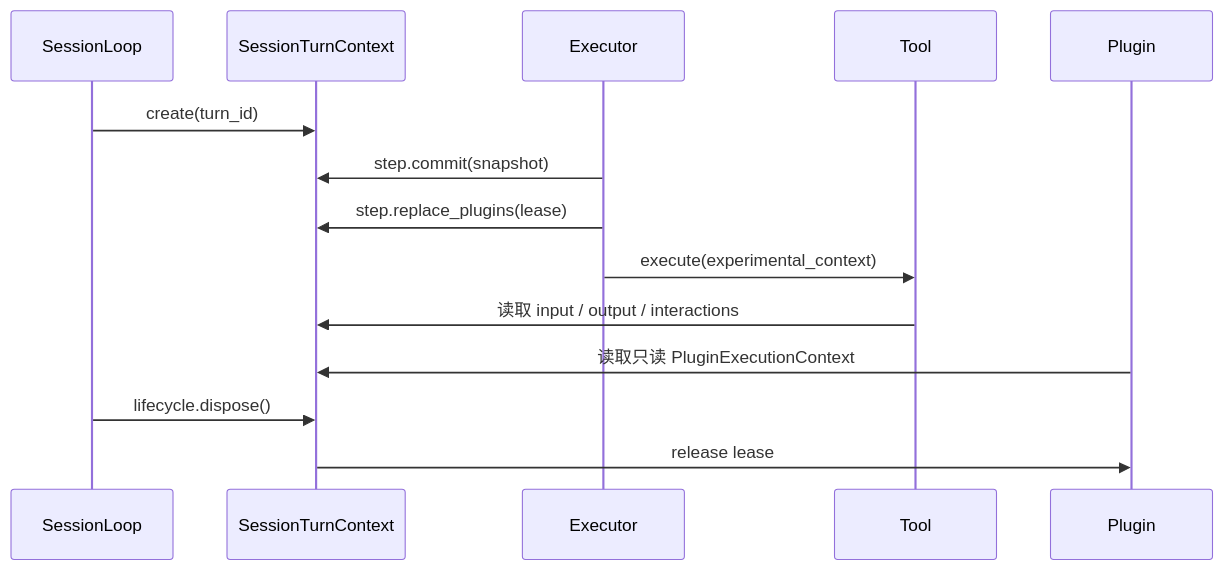
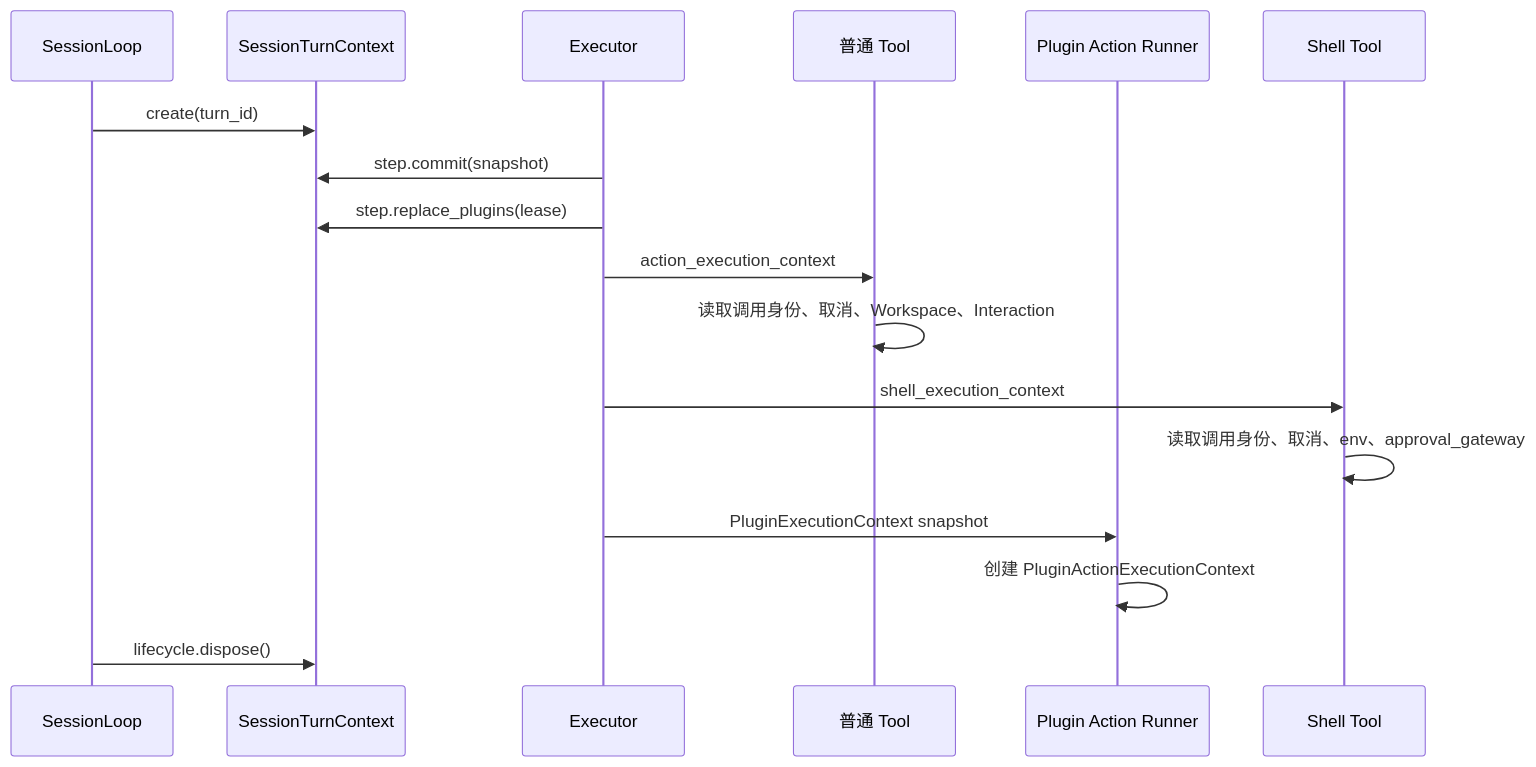
Diagram 11 of 34 in docs/session-framework.md (genesiscosmos/downcity), drawn with Mermaid before and after one commit. The commit also changed other lines of this file and 59 other files, not shown here.

Commit message:
refactor(agent): unify execution contexts and interactions

````diff
--- a/docs/session-framework.md
+++ b/docs/session-framework.md
@@ -258,17 +259,20 @@
 ```mermaid
 sequenceDiagram
     participant SL as SessionLoop
     participant C as SessionTurnContext
     participant E as Executor
-    participant T as Tool
-    participant P as Plugin
+    participant T as 普通 Tool
+    participant P as Plugin Action Runner
+    participant S as Shell Tool
 
     SL->>C: create(turn_id)
     E->>C: step.commit(snapshot)
     E->>C: step.replace_plugins(lease)
-    E->>T: execute(experimental_context)
-    T->>C: 读取 input / output / interactions
-    P->>C: 读取只读 PluginExecutionContext
+    E->>T: action_execution_context
+    T->>T: 读取调用身份、取消、Workspace、Interaction
+    E->>S: shell_execution_context
+    S->>S: 读取调用身份、取消、env、approval_gateway
+    E->>P: PluginExecutionContext snapshot
+    P->>P: 创建 PluginActionExecutionContext
     SL->>C: lifecycle.dispose()
-    C->>P: release lease
 ```
````
